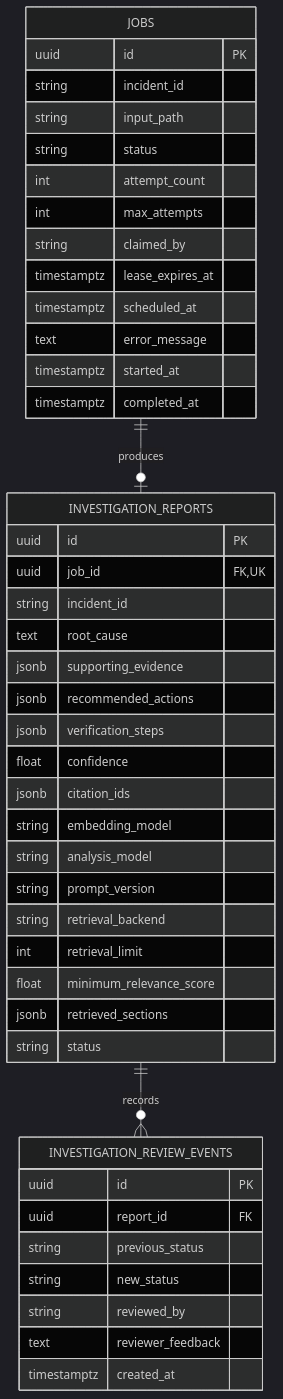
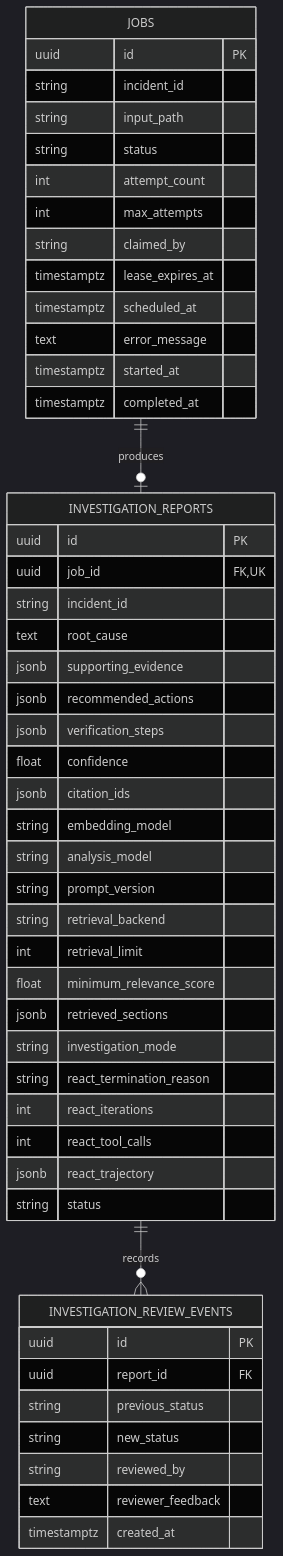
The fourth of 5 diagrams in README.md (shreyas671/RootPilot), drawn with Mermaid (dark theme) before and after one commit. The commit also changed other lines of this file and 39 other files, not shown here.

````diff
--- a/README.md
+++ b/README.md
@@ -360,50 +433,55 @@
 ```mermaid
 erDiagram
     JOBS ||--o| INVESTIGATION_REPORTS : produces
     INVESTIGATION_REPORTS ||--o{ INVESTIGATION_REVIEW_EVENTS : records
 
     JOBS {
         uuid id PK
         string incident_id
         string input_path
         string status
         int attempt_count
         int max_attempts
         string claimed_by
         timestamptz lease_expires_at
         timestamptz scheduled_at
         text error_message
         timestamptz started_at
         timestamptz completed_at
     }
 
     INVESTIGATION_REPORTS {
         uuid id PK
         uuid job_id FK, UK
         string incident_id
         text root_cause
         jsonb supporting_evidence
         jsonb recommended_actions
         jsonb verification_steps
         float confidence
         jsonb citation_ids
         string embedding_model
         string analysis_model
         string prompt_version
         string retrieval_backend
         int retrieval_limit
         float minimum_relevance_score
         jsonb retrieved_sections
+        string investigation_mode
+        string react_termination_reason
+        int react_iterations
+        int react_tool_calls
+        jsonb react_trajectory
         string status
     }
 
     INVESTIGATION_REVIEW_EVENTS {
         uuid id PK
         uuid report_id FK
         string previous_status
         string new_status
         string reviewed_by
         text reviewer_feedback
         timestamptz created_at
     }
 ```
````
